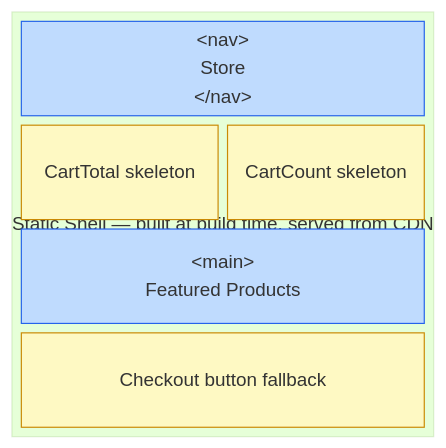
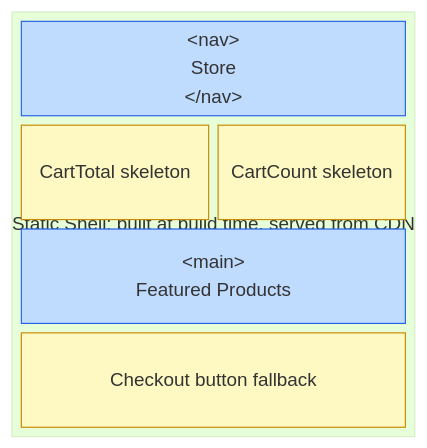
The third of 7 diagrams in content/logs/07-nextjs-promises-ppr.mdx (joyco-studio/hub), drawn with Mermaid (forest theme) before and after one commit. The commit also changed other lines of this file, not shown here.

````diff
--- a/content/logs/07-nextjs-promises-ppr.mdx
+++ b/content/logs/07-nextjs-promises-ppr.mdx
@@ -345,18 +345,18 @@
 ```mermaid
 block-beta
     columns 1
-    block:shell["Static Shell — built at build time, served from CDN"]
+    block:shell["Static Shell: built at build time, served from CDN"]
         columns 2
         nav["&lt;nav&gt;<br/>Store<br/>&lt;/nav&gt;"]:2
         skeleton1["CartTotal skeleton"]:1
         skeleton2["CartCount skeleton"]:1
         main["&lt;main&gt;<br/>Featured Products"]:2
         fallback["Checkout button fallback"]:2
     end
 
     style nav fill:#bfdbfe,stroke:#2563eb,color:#000
     style main fill:#bfdbfe,stroke:#2563eb,color:#000
     style skeleton1 fill:#fef9c3,stroke:#ca8a04,color:#000
     style skeleton2 fill:#fef9c3,stroke:#ca8a04,color:#000
     style fallback fill:#fef9c3,stroke:#ca8a04,color:#000
 ```
````
